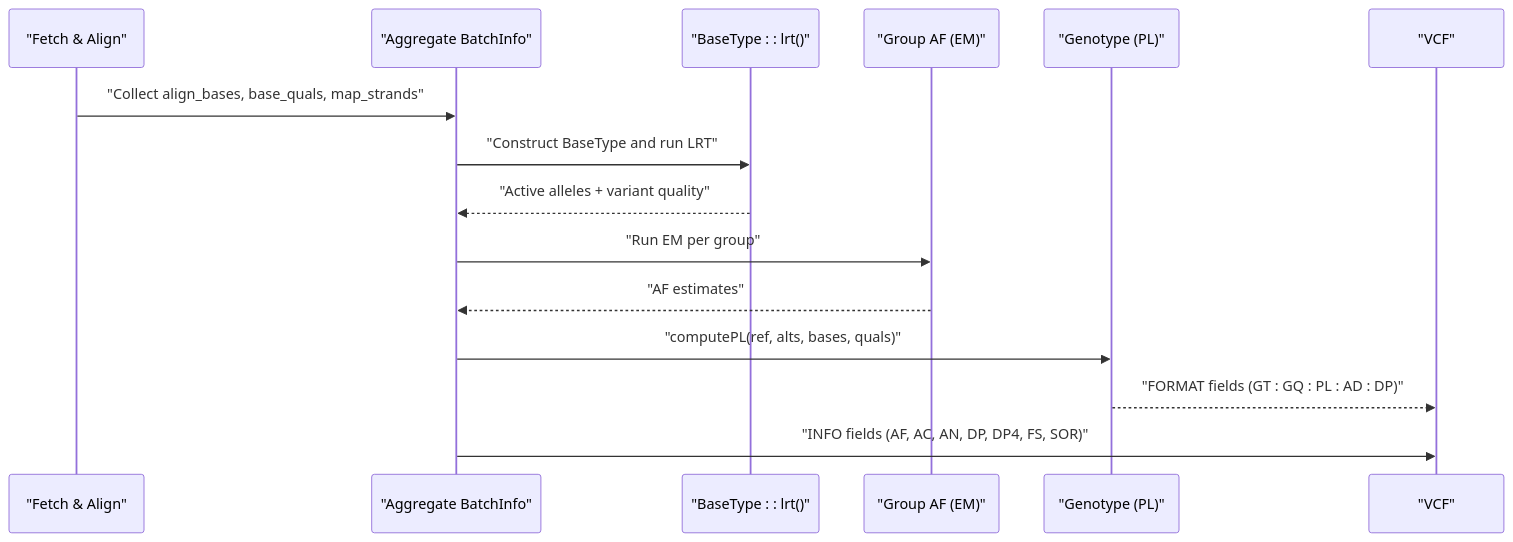
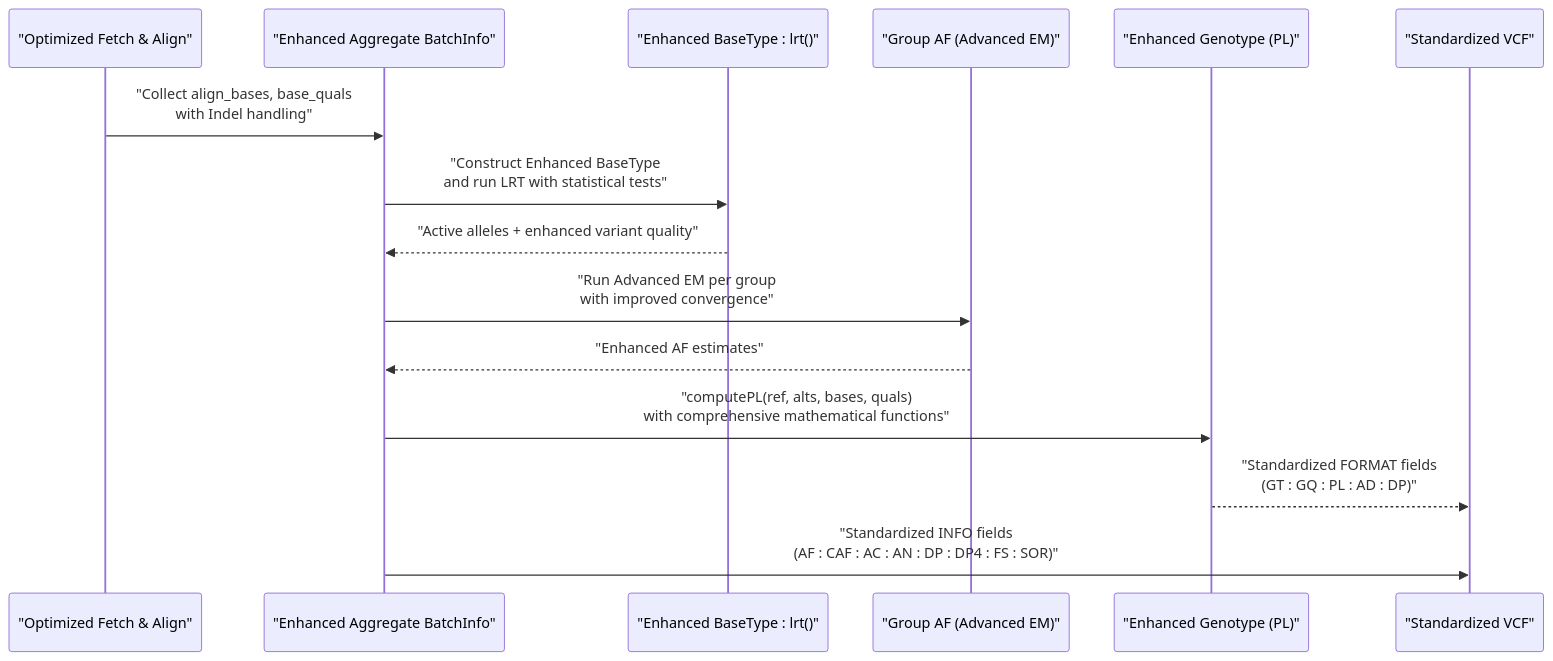
Before and after one commit to ShujiaHuang/BaseVar2: the seventh of 8 diagrams in .qoder/repowiki/en/content/Core Algorithm Architecture/Core Algorithm Architecture.md, drawn with Mermaid. The commit also changed other lines of this file and 6 other files, not shown here.

````diff
--- a/.qoder/repowiki/en/content/Core Algorithm Architecture/Core Algorithm Architecture.md
+++ b/.qoder/repowiki/en/content/Core Algorithm Architecture/Core Algorithm Architecture.md
@@ -251,17 +265,17 @@
 ```mermaid
 sequenceDiagram
-participant Fetch as "Fetch & Align"
-participant Agg as "Aggregate BatchInfo"
-participant LRT as "BaseType : : lrt()"
-participant Group as "Group AF (EM)"
-participant GT as "Genotype (PL)"
-participant Out as "VCF"
-Fetch->>Agg : "Collect align_bases, base_quals, map_strands"
-Agg->>LRT : "Construct BaseType and run LRT"
-LRT-->>Agg : "Active alleles + variant quality"
-Agg->>Group : "Run EM per group"
-Group-->>Agg : "AF estimates"
-Agg->>GT : "computePL(ref, alts, bases, quals)"
-GT-->>Out : "FORMAT fields (GT : GQ : PL : AD : DP)"
-Agg->>Out : "INFO fields (AF, AC, AN, DP, DP4, FS, SOR)"
+participant Fetch as "Optimized Fetch & Align"
+participant Agg as "Enhanced Aggregate BatchInfo"
+participant LRT as "Enhanced BaseType : lrt()"
+participant Group as "Group AF (Advanced EM)"
+participant GT as "Enhanced Genotype (PL)"
+participant Out as "Standardized VCF"
+Fetch->>Agg : "Collect align_bases, base_quals<br/>with Indel handling"
+Agg->>LRT : "Construct Enhanced BaseType<br/>and run LRT with statistical tests"
+LRT-->>Agg : "Active alleles + enhanced variant quality"
+Agg->>Group : "Run Advanced EM per group<br/>with improved convergence"
+Group-->>Agg : "Enhanced AF estimates"
+Agg->>GT : "computePL(ref, alts, bases, quals)<br/>with comprehensive mathematical functions"
+GT-->>Out : "Standardized FORMAT fields<br/>(GT : GQ : PL : AD : DP)"
+Agg->>Out : "Standardized INFO fields<br/>(AF : CAF : AC : AN : DP : DP4 : FS : SOR)"
 ```
````
